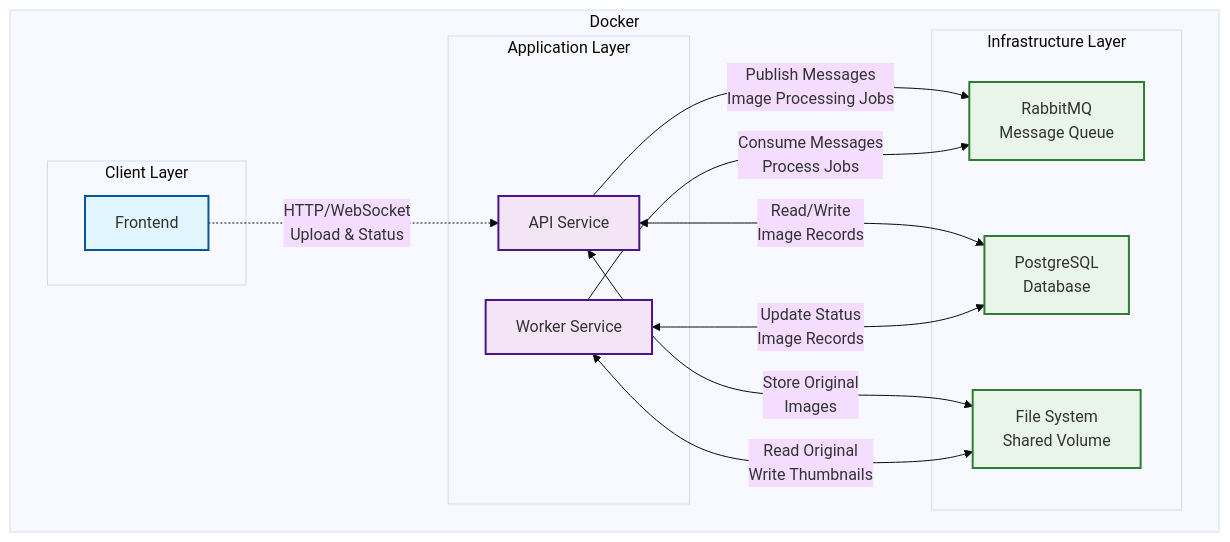
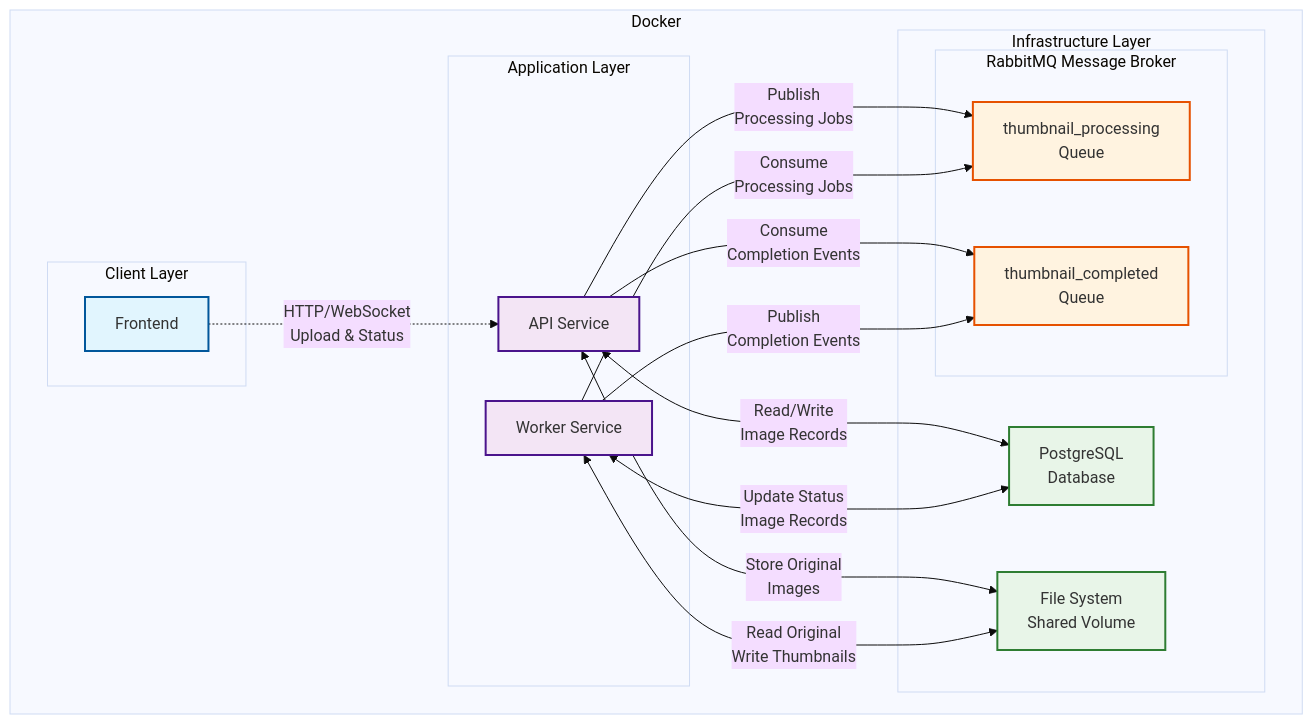
The diagram in readme.md (sonsonson110/image-resize-system), drawn with Mermaid (base theme) before and after one commit. The commit also changed other lines of this file, not shown here.

````diff
--- a/readme.md
+++ b/readme.md
@@ -7,41 +7,48 @@
 ```mermaid
 graph TD
     subgraph "Docker"
         subgraph "Client Layer"
             Frontend[Frontend]
         end
         
         subgraph "Application Layer"
             API[API Service]
             Worker[Worker Service]
         end
         
         subgraph "Infrastructure Layer"
-            RabbitMQ[RabbitMQ<br/>Message Queue<br/>]
-            PostgreSQL[PostgreSQL<br/>Database<br/>]
-            FileSystem[File System<br/>Shared Volume<br/>]
+            subgraph "RabbitMQ Message Broker"
+                ThumbnailProcessing[thumbnail_processing<br/>Queue]
+                ThumbnailCompleted[thumbnail_completed<br/>Queue]
+            end
+            PostgreSQL[PostgreSQL<br/>Database]
+            FileSystem[File System<br/>Shared Volume]
         end
     end
     
     %% Client connections
     Frontend -.->|HTTP/WebSocket<br/>Upload & Status| API
     
     %% API Service connections
-    API -->|Publish Messages<br/>Image Processing Jobs| RabbitMQ
+    API -->|Publish<br/>Processing Jobs| ThumbnailProcessing
+    API -->|Consume<br/>Completion Events| ThumbnailCompleted
     API <-->|Read/Write<br/>Image Records| PostgreSQL
     API <-->|Store Original<br/>Images| FileSystem
     
     %% Worker Service connections
-    Worker -->|Consume Messages<br/>Process Jobs| RabbitMQ
+    Worker -->|Consume<br/>Processing Jobs| ThumbnailProcessing
+    Worker -->|Publish<br/>Completion Events| ThumbnailCompleted
     Worker <-->|Update Status<br/>Image Records| PostgreSQL
     Worker <-->|Read Original<br/>Write Thumbnails| FileSystem
     
     %% Styling
     classDef frontend fill:#e1f5fe,stroke:#01579b,stroke-width:2px
     classDef service fill:#f3e5f5,stroke:#4a148c,stroke-width:2px
     classDef infrastructure fill:#e8f5e8,stroke:#2e7d32,stroke-width:2px
+    classDef queue fill:#fff3e0,stroke:#e65100,stroke-width:2px
     
     class Frontend frontend
     class API,Worker service
-    class RabbitMQ,PostgreSQL,FileSystem infrastructure
+    class PostgreSQL,FileSystem infrastructure
+    class ThumbnailProcessing,ThumbnailCompleted queue
 ```
````
